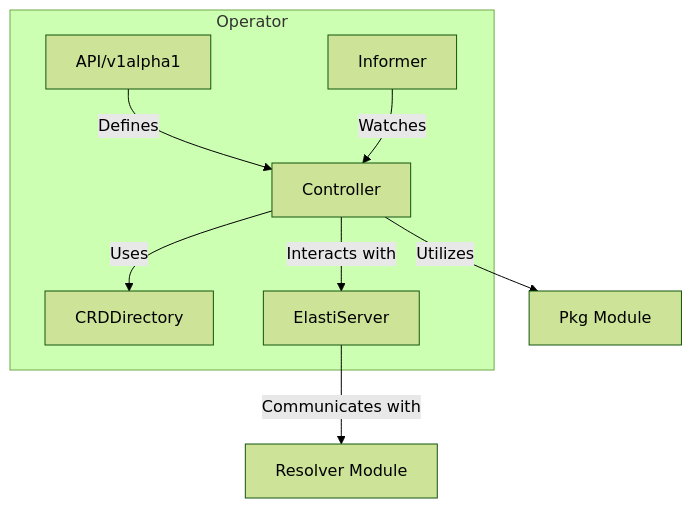
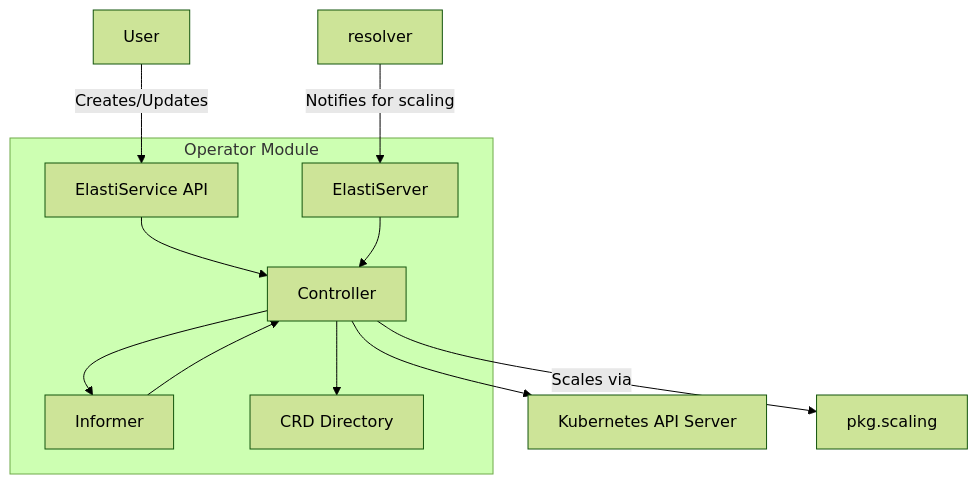
One commit to ShreyasPatel031/CodeWiki changed the diagram in demo/repos/KubeElasti/operator.md. Above: the diagram before and after it, drawn with Mermaid (forest theme). The commit also changed other lines of this file and 23 other files, not shown here.

Commit message:
Update KubeElasti docs with proper module tree (19 modules)

````diff
--- a/demo/repos/KubeElasti/operator.md
+++ b/demo/repos/KubeElasti/operator.md
@@ -9,25 +11,28 @@
 ```mermaid
 graph TD
-    subgraph Operator
-        api[API/v1alpha1]
-        informer[Informer]
-        controller[Controller]
-        crddirectory[CRDDirectory]
-        elastiserver[ElastiServer]
+    User -->|Creates/Updates| API[ElastiService API]
+    API --> Controller[Controller]
+    Controller --> K8sAPI[Kubernetes API Server]
+    Controller --> Informer[Informer]
+    Informer --> Controller
+    Controller -->|Scales via| Scaling[pkg.scaling]
+    Controller --> CRDDirectory[CRD Directory]
+    ElastiServer[ElastiServer] --> Controller
+    Resolver[resolver] -->|Notifies for scaling| ElastiServer
+
+    subgraph Operator Module
+        API
+        Controller
+        Informer
+        CRDDirectory
+        ElastiServer
     end
 
-    api -- Defines --> controller
-    informer -- Watches --> controller
-    controller -- Uses --> crddirectory
-    controller -- Interacts with --> elastiserver
-    elastiserver -- Communicates with --> resolver[Resolver Module]
-    controller -- Utilizes --> pkg[Pkg Module]
-
-    click api "api_v1alpha1.md" "View API/v1alpha1 Documentation"
-    click informer "informer.md" "View Informer Documentation"
-    click controller "controller.md" "View Controller Documentation"
-    click crddirectory "crddirectory.md" "View CRDDirectory Documentation"
-    click elastiserver "elastiserver.md" "View ElastiServer Documentation"
-    click resolver "resolver.md" "View Resolver Module Documentation"
-    click pkg "pkg.md" "View Pkg Module Documentation"
+    click API "api.md" "View API Documentation"
+    click Controller "controller.md" "View Controller Documentation"
+    click Informer "informer.md" "View Informer Documentation"
+    click CRDDirectory "crddirectory.md" "View CRD Directory Documentation"
+    click ElastiServer "elastiserver.md" "View ElastiServer Documentation"
+    click Scaling "scaling.md" "View Scaling Module Documentation"
+    click Resolver "resolver.md" "View Resolver Module Documentation"
 ```
````
